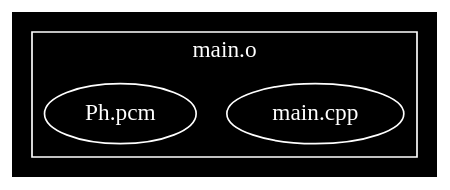
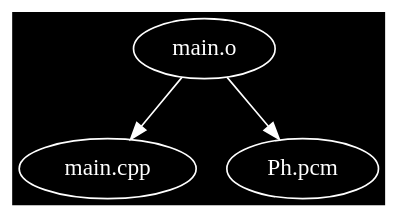
Before and after one commit to phiwen96/ph: the second of 9 diagrams in README.md, drawn with Graphviz. The commit also changed other lines of this file and 2 other files, not shown here.

````diff
--- a/README.md
+++ b/README.md
@@ -111,16 +119,14 @@
 ```graphviz
 digraph G 
 {
 	compound=true;
 	graph [bgcolor=black fontcolor=white color=white];
 	node [fillcolor=black style=filled color=white fontcolor=white];
 	edge [color=white fontcolor=white];
 
-	subgraph cluster0 
-	{
-		label = "main.o"
-		"main.cpp"
-		"Ph.pcm"
-	}
+	
+	"main.o" -> "main.cpp"
+	"main.o" -> "Ph.pcm"
+	
 }
 ```
````
